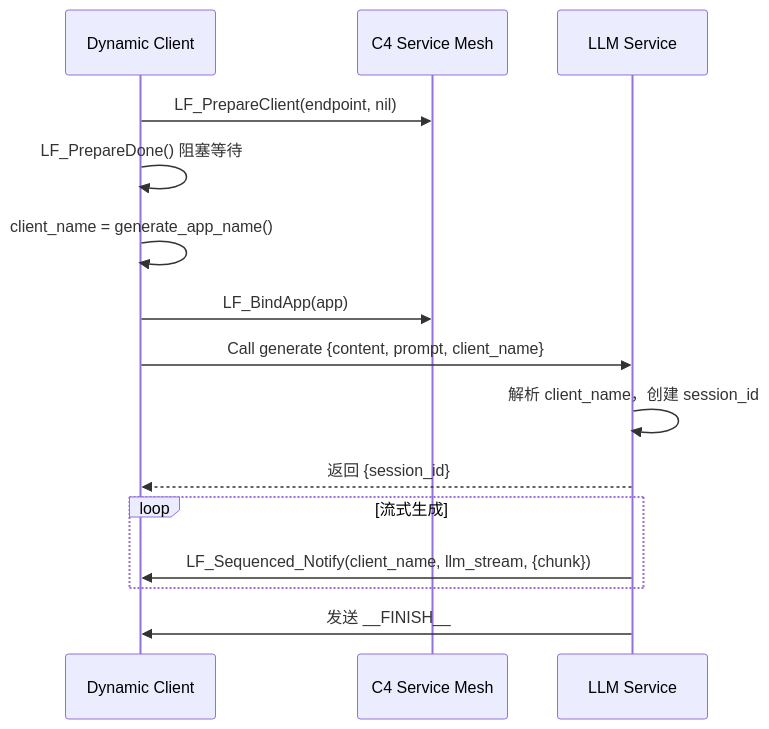
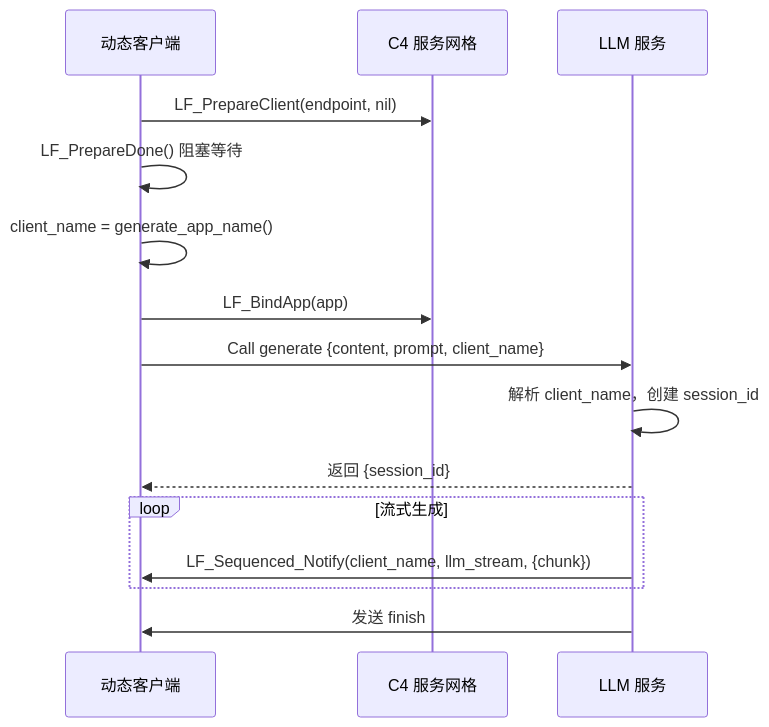
One commit to PassByYou888/LingoFuse-pasAgent changed the sixth of 16 diagrams in LingoFuse_Python_Binding_Migration_Record.md. Above: the diagram before and after it, drawn with Mermaid. The commit also changed other lines of this file, not shown here.

````diff
--- a/LingoFuse_Python_Binding_Migration_Record.md
+++ b/LingoFuse_Python_Binding_Migration_Record.md
@@ -214,19 +228,19 @@
 ```mermaid
 sequenceDiagram
-    participant Client as Dynamic Client
-    participant C4 as C4 Service Mesh
-    participant Service as LLM Service
+    participant Client as 动态客户端
+    participant C4 as C4 服务网格
+    participant Service as LLM 服务
 
     Client->>C4: LF_PrepareClient(endpoint, nil)
     Client->>Client: LF_PrepareDone() 阻塞等待
     Client->>Client: client_name = generate_app_name()
     Client->>C4: LF_BindApp(app)
     Client->>Service: Call generate {content, prompt, client_name}
     Service->>Service: 解析 client_name，创建 session_id
     Service-->>Client: 返回 {session_id}
 
     loop 流式生成
         Service->>Client: LF_Sequenced_Notify(client_name, llm_stream, {chunk})
     end
-    Service->>Client: 发送 __FINISH__
+    Service->>Client: 发送 finish
 ```
````
